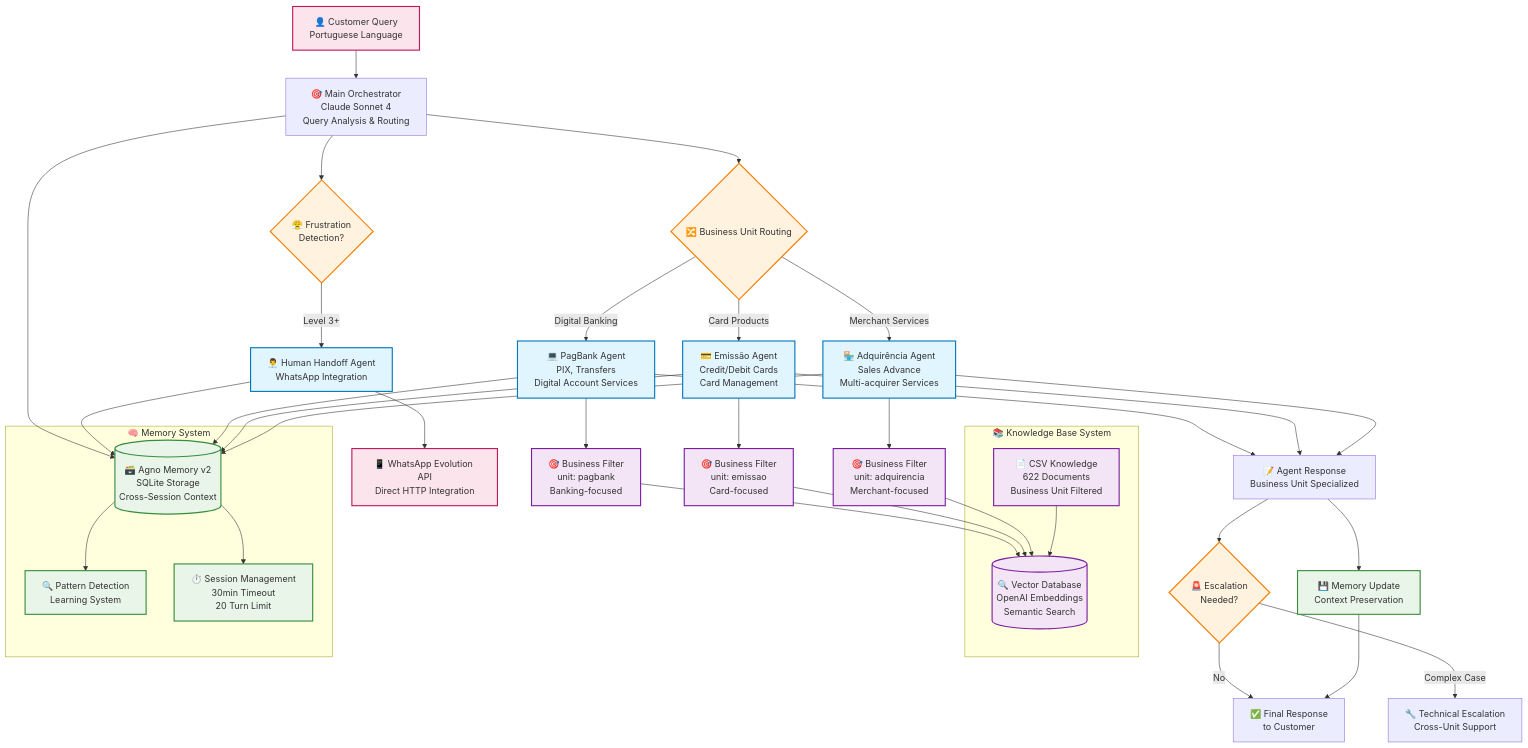
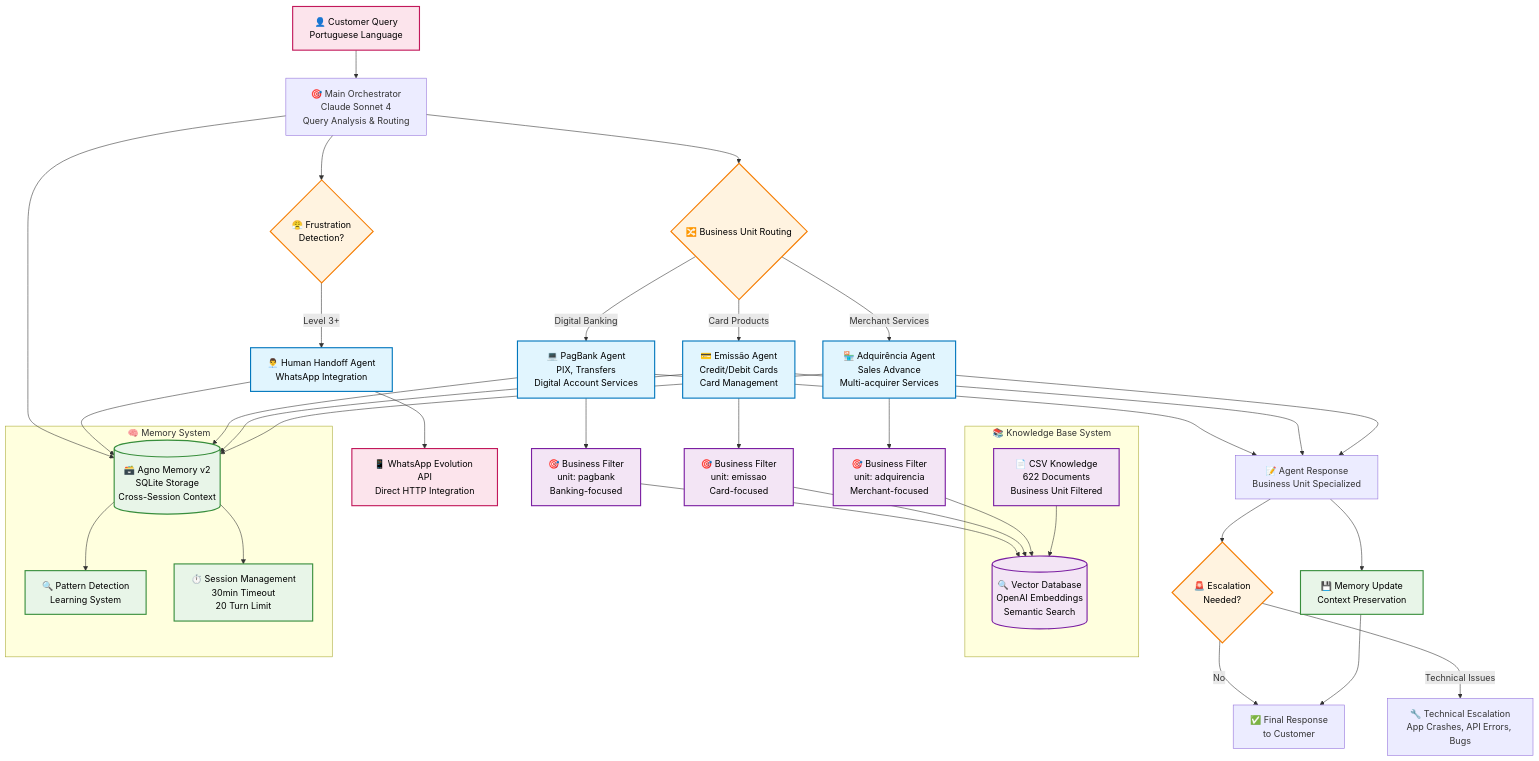
One commit to namastexlabs/automagik-hive changed the diagram in README.md. Above: the diagram before and after it, drawn with Mermaid.

Commit message:
readme update

````diff
--- a/README.md
+++ b/README.md
@@ -9,81 +9,81 @@
 ```mermaid
 graph TB
     %% Customer Entry Point
     Customer[👤 Customer Query<br/>Portuguese Language] --> Orchestrator
 
     %% Main Orchestrator
     Orchestrator[🎯 Main Orchestrator<br/>Claude Sonnet 4<br/>Query Analysis & Routing]
     
     %% Routing Decision
     Orchestrator --> Routing{🔀 Business Unit Routing}
     
     %% Human Handoff Detection
     Orchestrator --> HumanCheck{😤 Frustration<br/>Detection?}
     HumanCheck -->|Level 3+| HumanAgent[👨‍💼 Human Handoff Agent<br/>WhatsApp Integration]
     HumanAgent --> WhatsApp[📱 WhatsApp Evolution API<br/>Direct HTTP Integration]
     
     %% Business Unit Agents
     Routing -->|Merchant Services| AdquirenciaAgent[🏪 Adquirência Agent<br/>Sales Advance<br/>Multi-acquirer Services]
     Routing -->|Card Products| EmissaoAgent[💳 Emissão Agent<br/>Credit/Debit Cards<br/>Card Management]
     Routing -->|Digital Banking| PagBankAgent[💻 PagBank Agent<br/>PIX, Transfers<br/>Digital Account Services]
     
     %% Knowledge Base System
     subgraph Knowledge["📚 Knowledge Base System"]
         CSV[📄 CSV Knowledge<br/>622 Documents<br/>Business Unit Filtered]
         Vector[(🔍 Vector Database<br/>OpenAI Embeddings<br/>Semantic Search)]
         CSV --> Vector
     end
     
     %% Business Unit Filtering
     AdquirenciaAgent --> Filter1[🎯 Business Filter<br/>unit: adquirencia<br/>Merchant-focused]
     EmissaoAgent --> Filter2[🎯 Business Filter<br/>unit: emissao<br/>Card-focused]
     PagBankAgent --> Filter3[🎯 Business Filter<br/>unit: pagbank<br/>Banking-focused]
     
     %% Knowledge Queries
     Filter1 --> Vector
     Filter2 --> Vector
     Filter3 --> Vector
     
     %% Memory System
     subgraph Memory["🧠 Memory System"]
         AgnoMemory[(🗃️ Agno Memory v2<br/>SQLite Storage<br/>Cross-Session Context)]
         PatternDetect[🔍 Pattern Detection<br/>Learning System]
         SessionMgmt[⏱️ Session Management<br/>30min Timeout<br/>20 Turn Limit]
     end
     
     %% Memory Integration
     AdquirenciaAgent --> AgnoMemory
     EmissaoAgent --> AgnoMemory
     PagBankAgent --> AgnoMemory
     HumanAgent --> AgnoMemory
     Orchestrator --> AgnoMemory
     
     AgnoMemory --> PatternDetect
     AgnoMemory --> SessionMgmt
     
     %% Response Flow
     AdquirenciaAgent --> Response[📝 Agent Response<br/>Business Unit Specialized]
     EmissaoAgent --> Response
     PagBankAgent --> Response
     
     Response --> MemoryUpdate[💾 Memory Update<br/>Context Preservation]
     MemoryUpdate --> FinalResponse[✅ Final Response<br/>to Customer]
     
     %% Escalation System
     Response --> EscalationCheck{🚨 Escalation<br/>Needed?}
-    EscalationCheck -->|Complex Case| TechnicalEsc[🔧 Technical Escalation<br/>Cross-Unit Support]
+    EscalationCheck -->|Technical Issues| TechnicalEsc[🔧 Technical Escalation<br/>App Crashes, API Errors, Bugs]
     EscalationCheck -->|No| FinalResponse
     
     %% Styling
-    classDef agent fill:#e1f5fe,stroke:#0277bd,stroke-width:2px
-    classDef knowledge fill:#f3e5f5,stroke:#7b1fa2,stroke-width:2px
-    classDef memory fill:#e8f5e8,stroke:#388e3c,stroke-width:2px
-    classDef decision fill:#fff3e0,stroke:#f57c00,stroke-width:2px
-    classDef external fill:#fce4ec,stroke:#c2185b,stroke-width:2px
+    classDef agent fill:#e1f5fe,stroke:#0277bd,stroke-width:2px,color:#000000
+    classDef knowledge fill:#f3e5f5,stroke:#7b1fa2,stroke-width:2px,color:#000000
+    classDef memory fill:#e8f5e8,stroke:#388e3c,stroke-width:2px,color:#000000
+    classDef decision fill:#fff3e0,stroke:#f57c00,stroke-width:2px,color:#000000
+    classDef external fill:#fce4ec,stroke:#c2185b,stroke-width:2px,color:#000000
     
     class AdquirenciaAgent,EmissaoAgent,PagBankAgent,HumanAgent agent
     class CSV,Vector,Filter1,Filter2,Filter3 knowledge
     class AgnoMemory,PatternDetect,SessionMgmt,MemoryUpdate memory
     class Routing,HumanCheck,EscalationCheck decision
     class WhatsApp,Customer external
 ```
````
